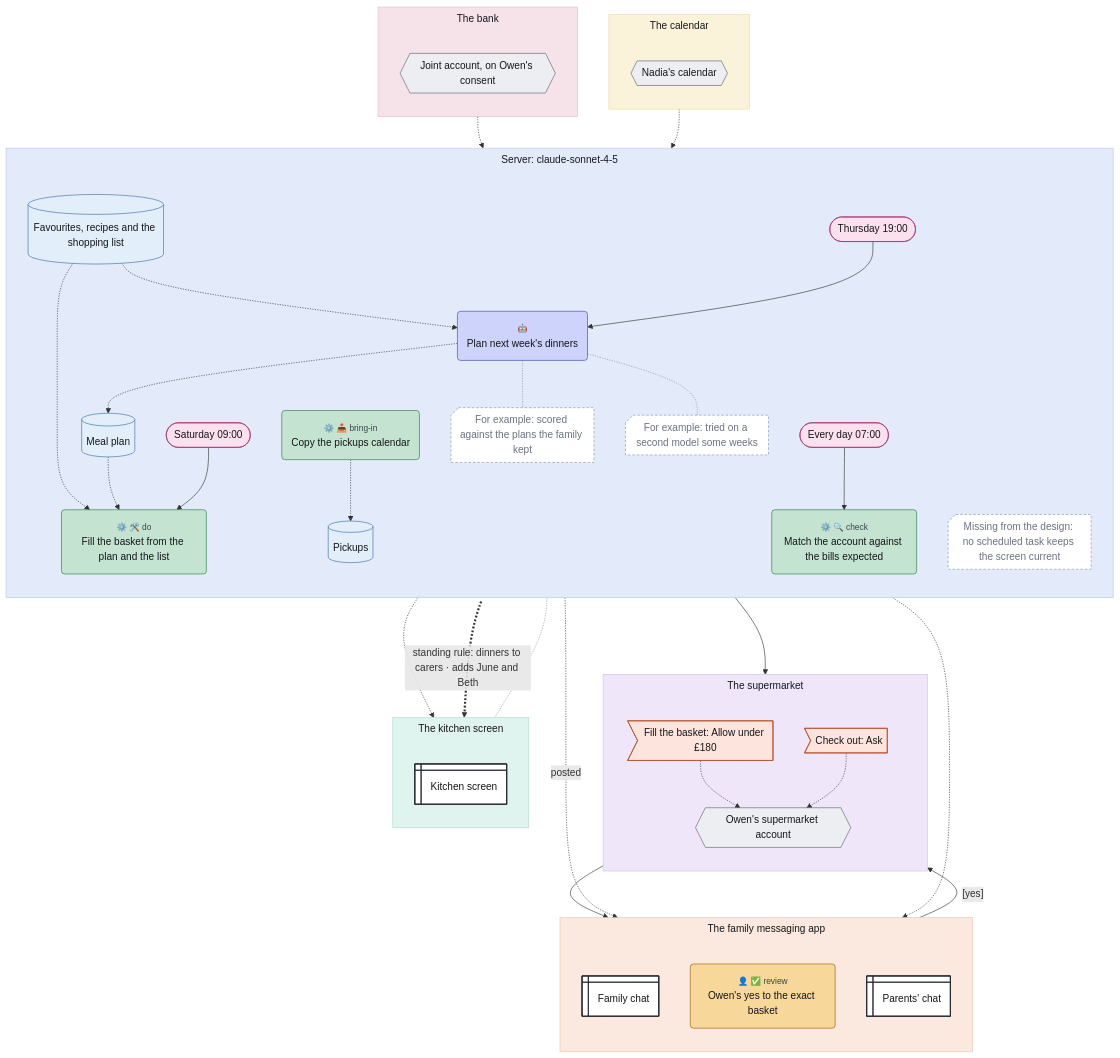
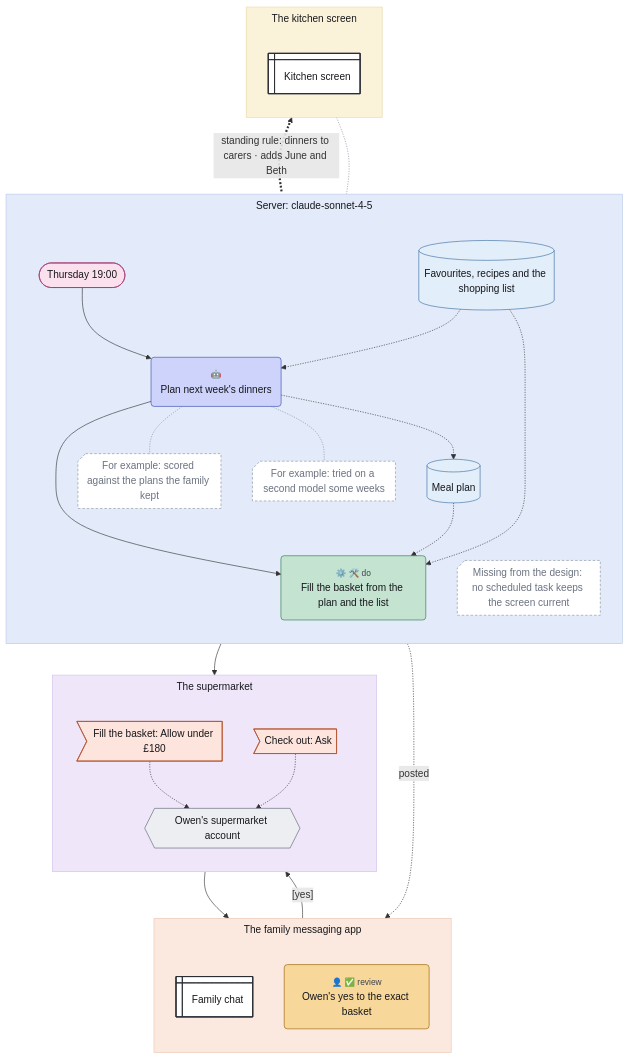
The diagram in examples/dinners-home.mmd (chrismdp/awml), drawn with Mermaid before and after one commit. The commit also changed 65 other files, not shown here.

```diff
--- a/examples/dinners-home.mmd
+++ b/examples/dinners-home.mmd
@@ -1,101 +1,79 @@
 ---
 config:
   theme: default
   fontFamily: Inter, sans-serif
   flowchart:
     useMaxWidth: false
     subGraphTitleMargin:
       top: 6
       bottom: 30
 ---
 flowchart TB
   subgraph server["Server#58; claude#45;sonnet#45;4#45;5"]
     direction TB
     thu(["Thursday 19#58;00"])
-    sat(["Saturday 09#58;00"])
-    daily(["Every day 07#58;00"])
-    copy("<small style='color:rgb(61,67,79)'>⚙️ 📥 bring-in</small><br>Copy the pickups calendar")
-    pickups[("Pickups")]
     screen_gap@{ shape: notch-rect, label: "Missing from the design#58; no scheduled task keeps the screen current" }
     favourites[("Favourites#44; recipes and the shopping list")]
     plan("<small style='color:rgb(61,67,79)'>🤖</small><br>Plan next week#39;s dinners")
     mealplan[("Meal plan")]
     fill("<small style='color:rgb(61,67,79)'>⚙️ 🛠️ do</small><br>Fill the basket from the plan and the list")
-    match("<small style='color:rgb(61,67,79)'>⚙️ 🔍 check</small><br>Match the account against the bills expected")
     scored@{ shape: notch-rect, label: "For example#58; scored against the plans the family kept" }
     tried@{ shape: notch-rect, label: "For example#58; tried on a second model some weeks" }
   end
   subgraph app["The family messaging app"]
     direction TB
     chat@{ shape: win-pane, label: "Family chat" }
     approve("<small style='color:rgb(61,67,79)'>👤 ✅ review</small><br>Owen#39;s yes to the exact basket")
-    parents_chat@{ shape: win-pane, label: "Parents#39; chat" }
   end
   subgraph supermarket["The supermarket"]
     direction TB
     basket>"Fill the basket#58; Allow under £180"]
     checkout>"Check out#58; Ask"]
     shop{{"Owen#39;s supermarket account"}}
   end
-  subgraph calendars["The calendar"]
-    direction TB
-    calendar{{"Nadia#39;s calendar"}}
-  end
   subgraph wall["The kitchen screen"]
     direction TB
     screen@{ shape: win-pane, label: "Kitchen screen" }
-  end
-  subgraph banking["The bank"]
-    direction TB
-    bank{{"Joint account#44; on Owen#39;s consent"}}
   end
 
   thu --> plan
   favourites -.-> plan
   plan -.-> mealplan
   mealplan -.->|"posted"| chat
-  sat --> fill
+  plan --> fill
   mealplan -.-> fill
   favourites -.-> fill
   fill --> basket
   basket -.-> shop
   basket --> approve
   approve -->|"#91;yes#93;"| checkout
   checkout -.-> shop
-  calendar -.-> copy
-  copy -.-> pickups
-  pickups -.-> screen
   screen <==>|"standing rule#58; dinners to carers · adds June and Beth"| mealplan
   screen -.- screen_gap
-  daily --> match
-  bank -.-> match
-  match -.-> parents_chat
   plan -.- scored
   plan -.- tried
   classDef trig fill:#fbe1ee,stroke:#a33a74,color:#16171b
   classDef ctx fill:#e2eef9,stroke:#3d6fa3,color:#16171b
   classDef con fill:#eceef2,stroke:#5d6472,color:#16171b
   classDef surf fill:#ffffff,stroke:#2a2d35,stroke-width:1.5px,color:#16171b
   classDef out fill:#fde4dc,stroke:#b5532f,color:#16171b
   classDef ai fill:#cdd3fb,stroke:#3b4bb0,color:#16171b
   classDef code fill:#c4e3d1,stroke:#2b7a4f,color:#16171b
   classDef person fill:#f7d79a,stroke:#9a6100,color:#16171b
   classDef uml fill:#16171b,stroke:#16171b,color:#16171b
   classDef gap fill:#ffffff,stroke:#8a93a3,stroke-dasharray:4 3,color:#6b7280
-  class thu,sat,daily trig
-  class pickups,favourites,mealplan ctx
-  class calendar,shop,bank con
-  class screen,chat,parents_chat surf
+  class thu trig
+  class favourites,mealplan ctx
+  class shop con
+  class screen,chat surf
   class basket,checkout out
   class plan ai
-  class copy,fill,match code
+  class fill code
   class approve person
   class screen_gap,scored,tried gap
   style server fill:#e3ebfa,stroke:#b9c8e8,color:#16171b
   style app fill:#fbe9df,stroke:#ecc7b2,color:#16171b
   style supermarket fill:#efe6fa,stroke:#d3c2ea,color:#16171b
-  style calendars fill:#fbf3d9,stroke:#e8d9a6,color:#16171b
-  style wall fill:#dff3ef,stroke:#b4ddd4,color:#16171b
-  style banking fill:#f6e3ea,stroke:#e3bccb,color:#16171b
-  linkStyle 15 stroke-dasharray:3,marker-end:none
-  linkStyle 16,20,21 stroke:#8a93a3
+  style wall fill:#fbf3d9,stroke:#e8d9a6,color:#16171b
+  linkStyle 12 stroke-dasharray:3,marker-end:none
+  linkStyle 13,14,15 stroke:#8a93a3
```
